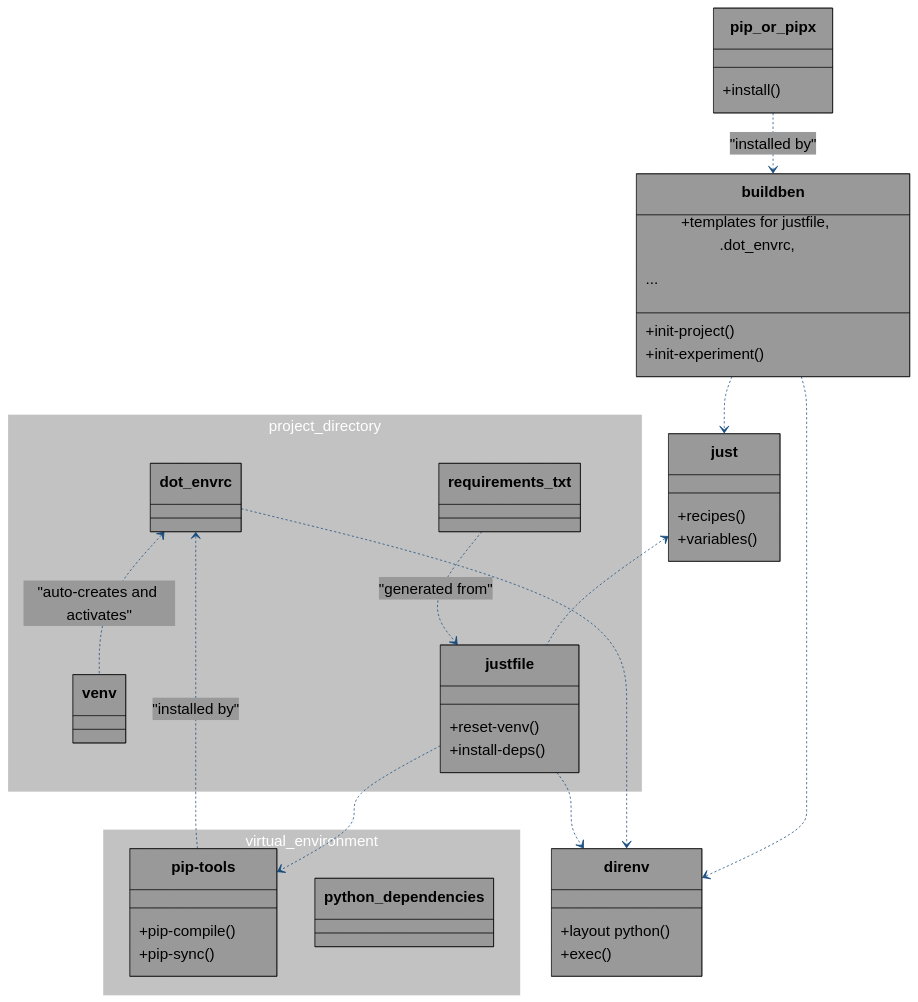
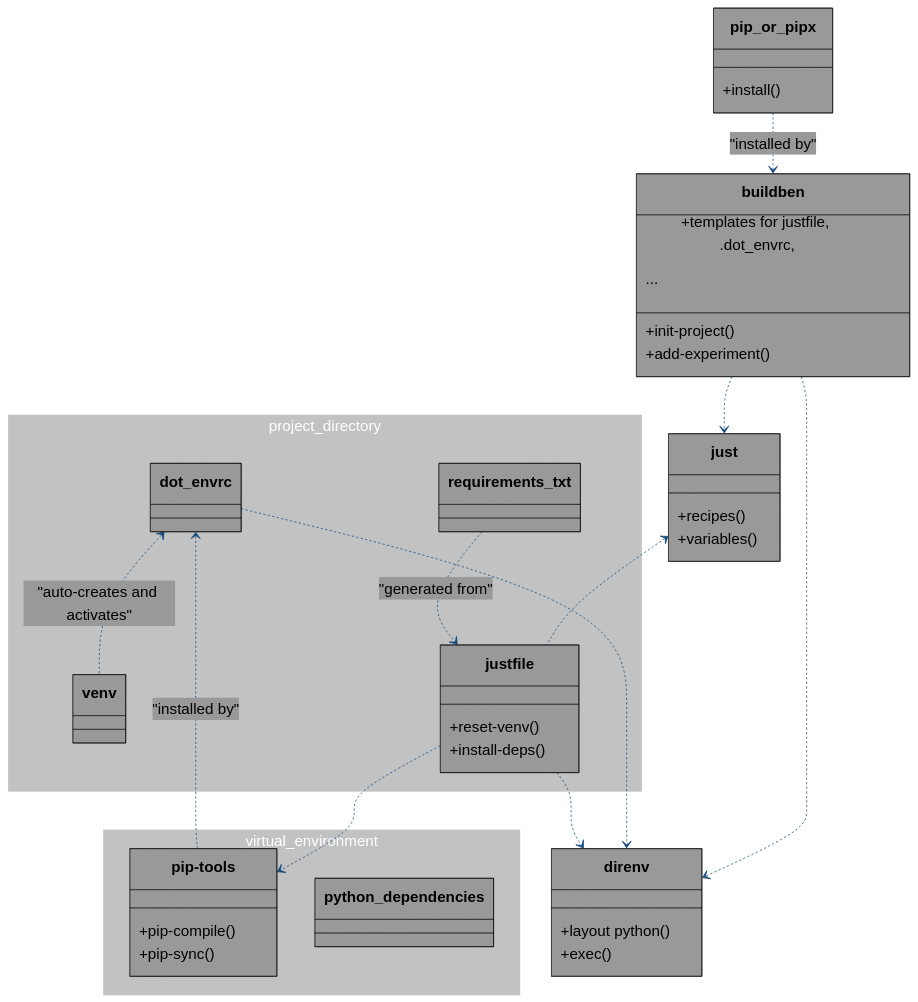
The diagram in assets/old/classdiagram.mmd (HisQu/buildben), drawn with Mermaid before and after one commit. The commit also changed 2 other files, not shown here.

Commit message:
renamed init_experim to add_experim

```diff
--- a/assets/old/classdiagram.mmd
+++ b/assets/old/classdiagram.mmd
@@ -1,127 +1,127 @@
 ---
 config:
     title: build-ben runtime helpers
     theme: base
     themeVariables:
         fontSize: 20px
         
         # Nodes
         primaryTextColor: "#000000"      # Black
         primaryColor: "#999999"          # Grey
         primaryBorderColor: "#00000099"  # Black transparent
         
         # Links
         lineColor: "#0e467bee"        # Dark Blue transparent
         secondaryColor: "#0e467b03"   # Dark Blue transparent
         
         # Subgraphs
         tertiaryTextColor: "#ffffff"  # White
         tertiaryColor: "#99999999"    # Grey transparent
         tertiaryBorderColor: "#00000000" # Fully transparent
 ---
 
 
 
 classDiagram
     %% ───────────────────────────  Classes  ───────────────────────────
     
     subgraph globalenvironment
         class buildben{
             +templates for justfile, .dot_envrc, 
             +init-project()
-            +init-experiment()
+            +add-experiment()
             ...
             }
 
         class direnv{
             +layout python()
             +exec()
         }
 
         class pip_or_pipx{
             +install()
         }
 
         class just{
             +recipes()
             +variables()
         }
     
     end
     
         
     namespace virtual_environment{
         class pip-tools{
             +pip-compile()
             +pip-sync()
         }
 
         class python_dependencies{
         }
         
     }
     
     namespace project_directory{
         class venv{
         }
         class justfile{
             +reset-venv()
             +install-deps()
         }
         
         class dot_envrc{
         }
         
         class requirements_txt{
         }
         
     }
     
 
 
     %% ─────────────────────────── Relationships ───────────────────────
     
     %% ## Connections
     %% > Inheritance: "is-a", Empty arrow: <|--, Points towards the parent
     %% > Composition: "part-of", Filled diamond: --*, Points towards the whole
     %% > Aggregation: "used-by", Open diamond: --o, Points towards the user
     %% > Dependency: "depends-on", Dotted line: ..>, Points from the dependent to the supplier (supplier=dependency)
     
     %% BuildBen uses each helper
     %% pip_or_pipx <.. buildben : "installed by"
     %% pip_or_pipx <.. buildben : "installed by"
     %% buildben ..> direnv : 
     dot_envrc <.. venv : "auto-creates and activates"
     %% buildben ..> just : 
     %% buildben ..> pip-tools : 
     
     
     %% dot_envrc ..> direnv
     %% venv o-- pip-tools
     
 
     %% just ..> direnv : "recipes call direnv exec"
     %% just <.. justfile
     %% justfile ..> direnv
     %% justfile ..> pip-tools
 
     
     %% requirements_txt ..> justfile : created by
 
 
     %% relationships
     buildben ..> direnv
     buildben ..> just
     pip_or_pipx  ..> buildben : "installed by"
 
     %% direnv ..> virtual_environment.Venv : "creates/activates"
     %% project_directory -->* virtual_environment.Venv : ".direnv/"
     %% venv *-- pip-tools
     %% venv *-- python_dependencies
 
     dot_envrc ..> direnv
     justfile ..> direnv
     justfile ..> pip-tools
     dot_envrc <.. pip-tools : "installed by"
     just <.. justfile
     requirements_txt ..> justfile : "generated from"
```
